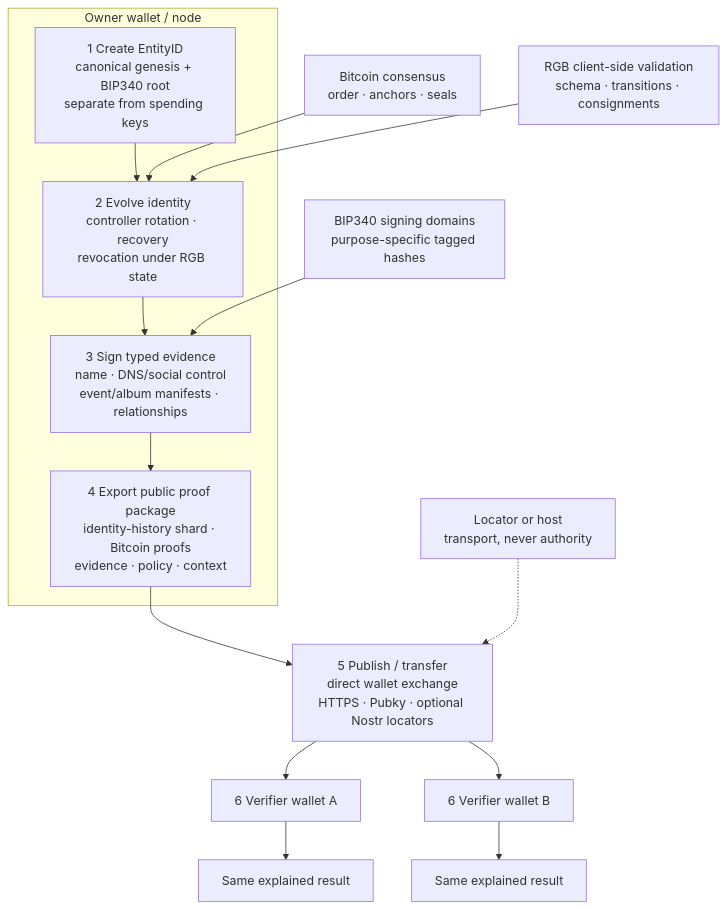
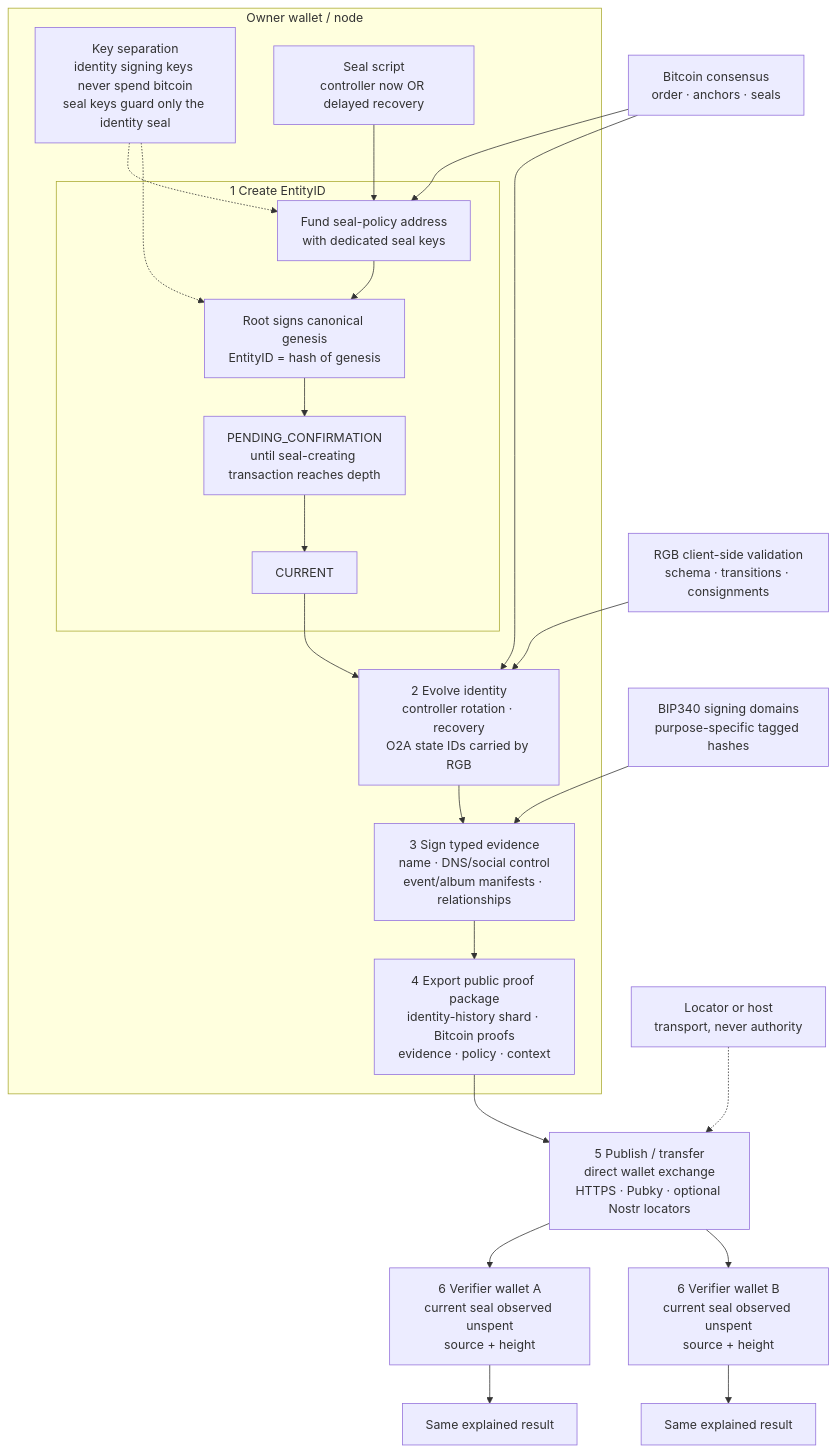
The second of 3 diagrams in docs/diagrams/02-end-to-end-protocol-flow.md (EdwinKestler/o2a-protocol), drawn with Mermaid before and after one commit. The commit also changed other lines of this file and 7 other files, not shown here.

Commit message:
Align protocol figures with identity and seal decisions

````diff
--- a/docs/diagrams/02-end-to-end-protocol-flow.md
+++ b/docs/diagrams/02-end-to-end-protocol-flow.md
@@ -29,22 +40,34 @@
 ```mermaid
 flowchart TB
     subgraph OWNER["Owner wallet / node"]
-        E["1 Create EntityID<br/>canonical genesis + BIP340 root<br/>separate from spending keys"]
-        L["2 Evolve identity<br/>controller rotation · recovery<br/>revocation under RGB state"]
+        subgraph CREATE["1 Create EntityID"]
+            F["Fund seal-policy address<br/>with dedicated seal keys"]
+            G["Root signs canonical genesis<br/>EntityID = hash of genesis"]
+            PC["PENDING_CONFIRMATION<br/>until seal-creating transaction reaches depth"]
+            CU["CURRENT"]
+            F --> G --> PC --> CU
+        end
+        KS["Key separation<br/>identity signing keys never spend bitcoin<br/>seal keys guard only the identity seal"]
+        SP["Seal script<br/>controller now OR delayed recovery"]
+        L["2 Evolve identity<br/>controller rotation · recovery<br/>O2A state IDs carried by RGB"]
         S["3 Sign typed evidence<br/>name · DNS/social control<br/>event/album manifests · relationships"]
         PKG["4 Export public proof package<br/>identity-history shard · Bitcoin proofs<br/>evidence · policy · context"]
-        E --> L --> S --> PKG
+        KS -.-> F
+        KS -.-> G
+        SP --> F
+        CU --> L --> S --> PKG
     end
 
-    BTC["Bitcoin consensus<br/>order · anchors · seals"] --> L
+    BTC["Bitcoin consensus<br/>order · anchors · seals"] --> F
+    BTC --> L
     RGB["RGB client-side validation<br/>schema · transitions · consignments"] --> L
     TAG["BIP340 signing domains<br/>purpose-specific tagged hashes"] --> S
 
     PKG --> X["5 Publish / transfer<br/>direct wallet exchange<br/>HTTPS · Pubky · optional Nostr locators"]
-    X --> V1["6 Verifier wallet A"]
-    X --> V2["6 Verifier wallet B"]
+    X --> V1["6 Verifier wallet A<br/>current seal observed unspent<br/>source + height"]
+    X --> V2["6 Verifier wallet B<br/>current seal observed unspent<br/>source + height"]
     V1 --> R1["Same explained result"]
     V2 --> R2["Same explained result"]
 
     LOC["Locator or host<br/>transport, never authority"] -.-> X
 ```
````
